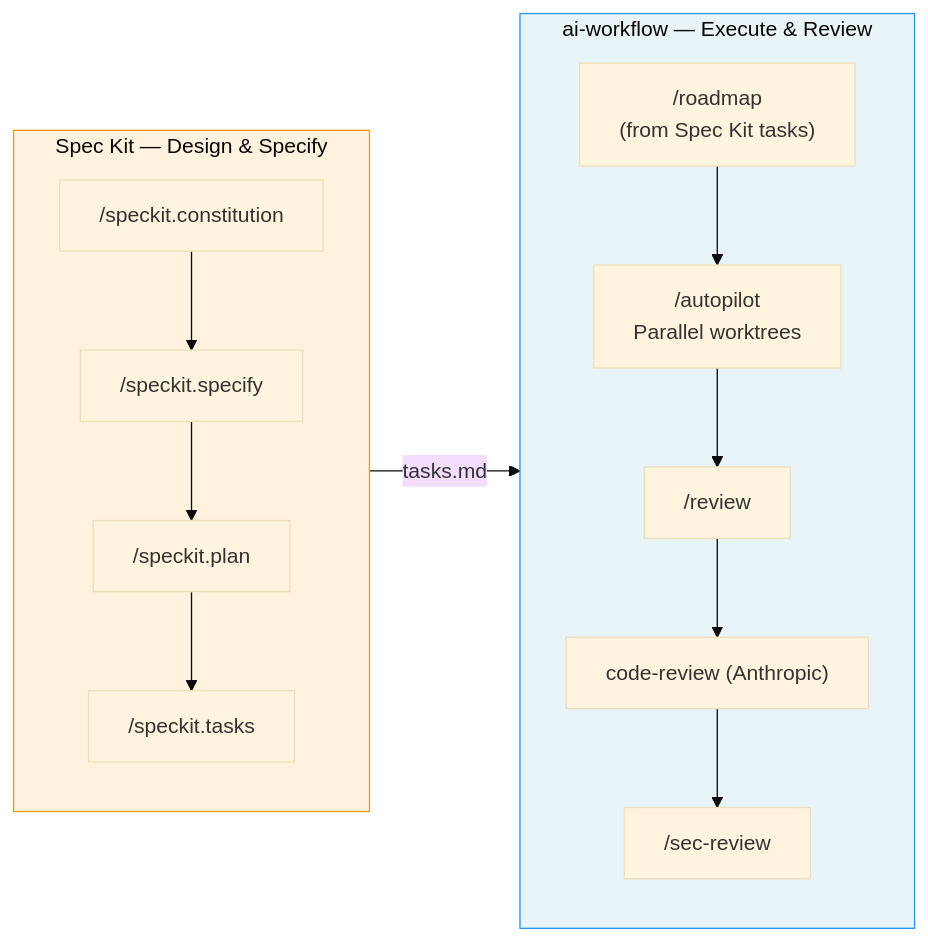
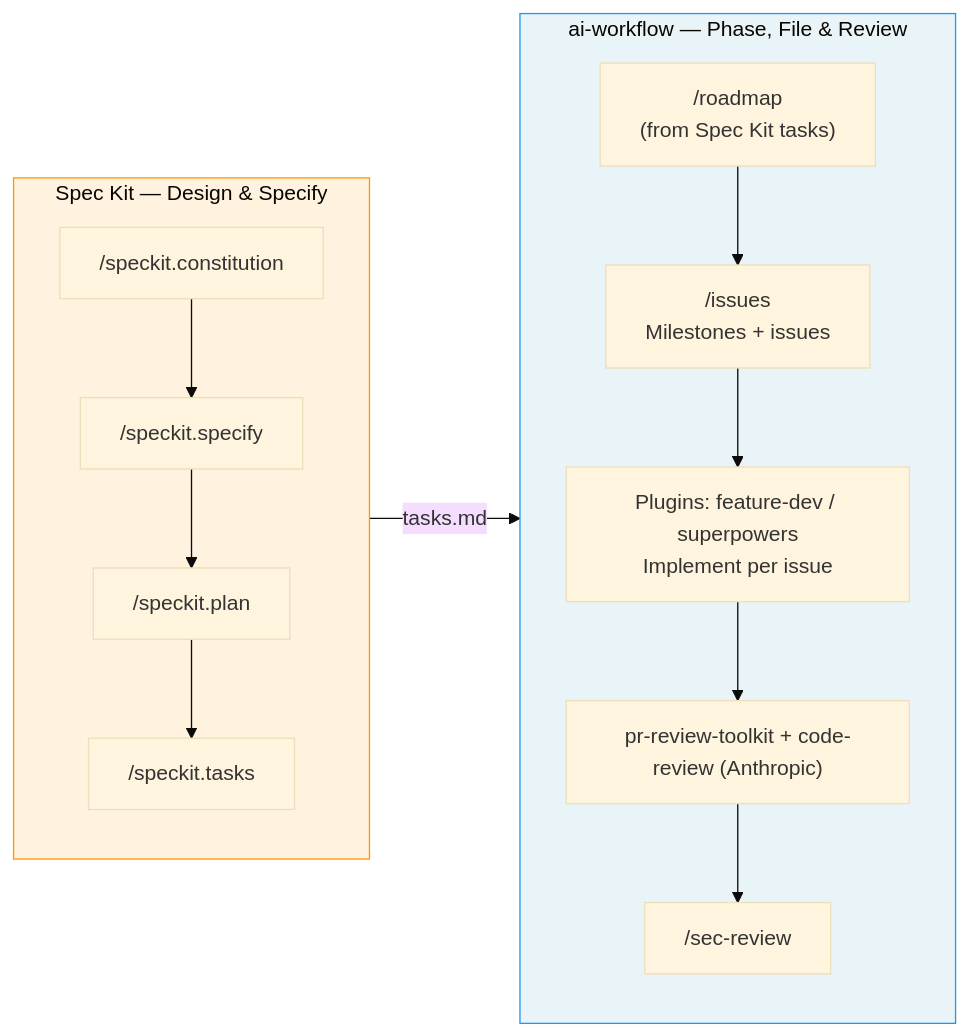
Before and after one commit to 0xrafasec/ai-workflow: the third of 5 diagrams in docs/speckit-integration.md, drawn with Mermaid (base theme). The commit also changed other lines of this file and 9 other files, not shown here.

First line of the commit message:
docs: describe the toolkit as planning-only, with execution from plugins

````diff
--- a/docs/speckit-integration.md
+++ b/docs/speckit-integration.md
@@ -144,22 +144,22 @@
 ```mermaid
 flowchart LR
     subgraph SK ["Spec Kit — Design & Specify"]
         direction TB
         A1["/speckit.constitution"] --> A2["/speckit.specify"]
         A2 --> A3["/speckit.plan"]
         A3 --> A4["/speckit.tasks"]
     end
 
-    subgraph AW ["ai-workflow — Execute & Review"]
+    subgraph AW ["ai-workflow — Phase, File & Review"]
         direction TB
-        B1["/roadmap<br/>(from Spec Kit tasks)"] --> B2["/autopilot<br/>Parallel worktrees"]
-        B2 --> B3["/review"]
-        B3 --> B4["code-review (Anthropic)"]
+        B1["/roadmap<br/>(from Spec Kit tasks)"] --> B2["/issues<br/>Milestones + issues"]
+        B2 --> B3["Plugins: feature-dev / superpowers<br/>Implement per issue"]
+        B3 --> B4["pr-review-toolkit + code-review (Anthropic)"]
         B4 --> B5["/sec-review"]
     end
 
     SK -->|"tasks.md"| AW
 
     style SK fill:#fff3e0,stroke:#FF9800
     style AW fill:#e8f4f8,stroke:#2196F3
 ```
````
